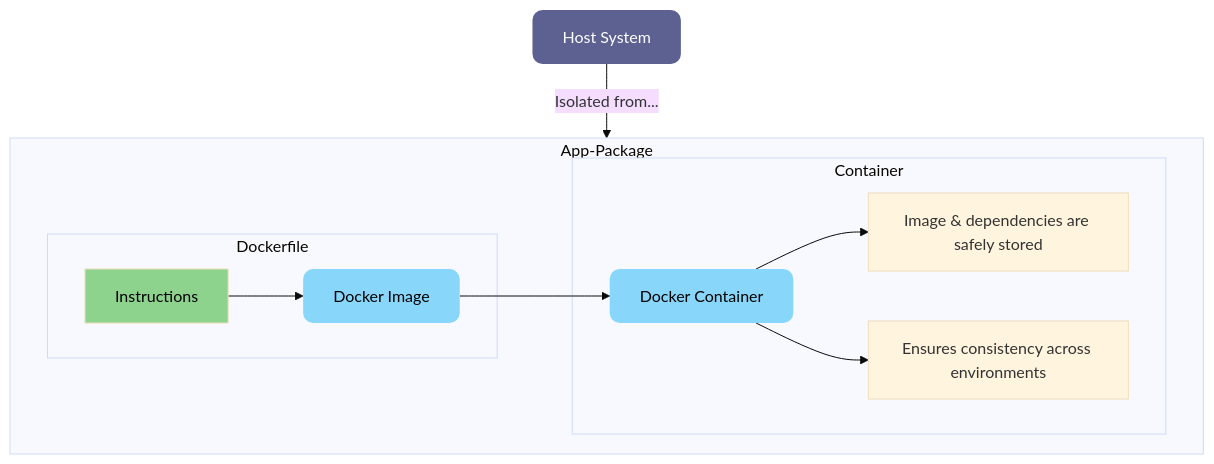
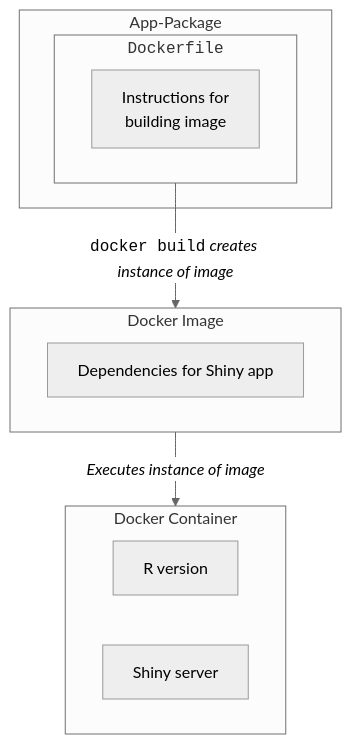
Before and after one commit to mjfrigaard/shiny-app-pkgs: the diagram in docker.qmd, drawn with Mermaid. The commit also changed other lines of this file and 8 other files, not shown here.

````diff
--- a/docker.qmd
+++ b/docker.qmd
@@ -114,24 +93,22 @@
 ```{mermaid}
-%%| fig-width: 6.5
 %%| fig-align: center
-%%{init: {'theme': 'base', 'themeVariables': { 'fontFamily': 'monospace'}}}%%
+%%{init: {'theme': 'neutral', 'themeVariables': { 'fontFamily': 'monospace', "fontSize":"16px"}}}%%
 
 flowchart TB
-    subgraph App-Package
-        subgraph Dockerfile
-            A["Instructions"] --> B["Docker Image"]
-        end
-        subgraph Container
-            B --> C["Docker Container"]
-            C --> D["Image & dependencies are safely stored"]
-            C --> E["Ensures consistency across environments"]
+    subgraph AP["App-Package"]
+        subgraph DockFile["<code>Dockerfile</code>"]
+            Instructions["Instructions for<br>building image"]
         end
     end
-    F["Host System"] -->|Isolated from...| App-Package
+        subgraph DockImg["Docker Image"]
+            Image["Dependencies for Shiny app"]
+        end
 
+        subgraph DockCont["Docker Container"]
+            R["R version"]
+            ShinyDep["Shiny server"]
+        end
 
-  style A fill:#8dd38d,color:#000000;
-  style B fill:#89D6FB,color:#000000,stroke:none,rx:10,ry:10;
-  style C fill:#89D6FB,color:#000000,stroke:none,rx:10,ry:10;
-  style F fill:#5c6192,color:#FFFFFF,stroke:none,rx:10,ry:10;
+    DockFile -->|"<code>docker build</code> <em>creates instance of image</em>"| DockImg
+    DockImg --> |"<em>Executes instance of image</em>"|DockCont
 ```
````
